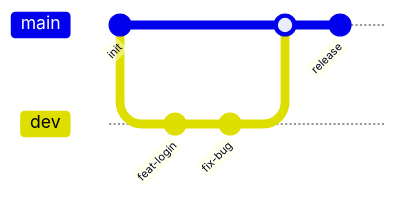
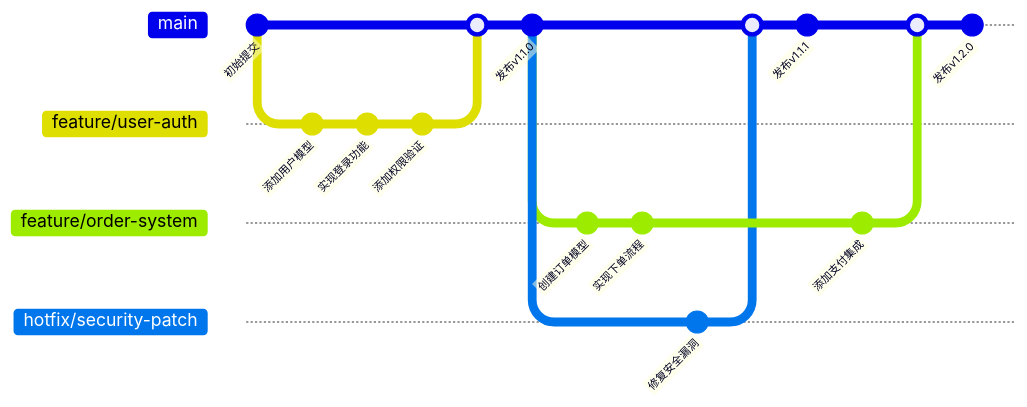
Before and after one commit to ralph-wren/TechStack-Handbook: the ninth of 16 diagrams in 10.markdown.md, drawn with Mermaid. The commit also changed other lines of this file and 3 other files, not shown here.

````diff
--- a/10.markdown.md
+++ b/10.markdown.md
@@ -197,11 +1206,32 @@
 ```mermaid
 gitGraph
-  commit id: "init"
-  branch dev
-  checkout dev
-  commit id: "feat-login"
-  commit id: "fix-bug"
-  checkout main
-  merge dev
-  commit id: "release"
+    commit id: "初始提交"
+    branch feature/user-auth
+    checkout feature/user-auth
+    commit id: "添加用户模型"
+    commit id: "实现登录功能"
+    commit id: "添加权限验证"
+    checkout main
+    merge feature/user-auth
+    commit id: "发布v1.1.0"
+    
+    branch feature/order-system
+    checkout feature/order-system
+    commit id: "创建订单模型"
+    commit id: "实现下单流程"
+    
+    checkout main
+    branch hotfix/security-patch
+    checkout hotfix/security-patch
+    commit id: "修复安全漏洞"
+    checkout main
+    merge hotfix/security-patch
+    commit id: "发布v1.1.1"
+    
+    checkout feature/order-system
+    commit id: "添加支付集成"
+    checkout main
+    merge feature/order-system
+    commit id: "发布v1.2.0"
+
 ```
````
